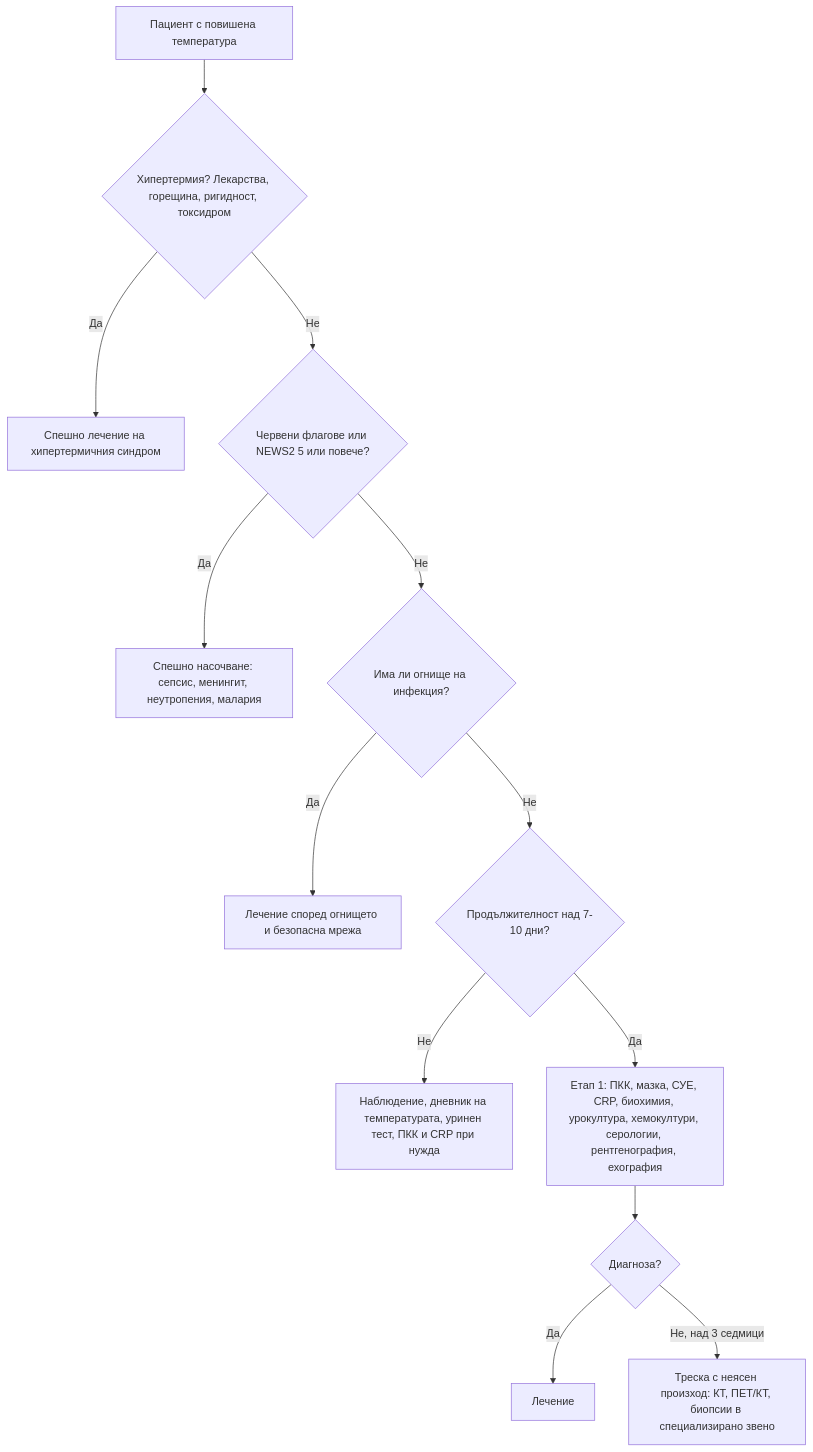
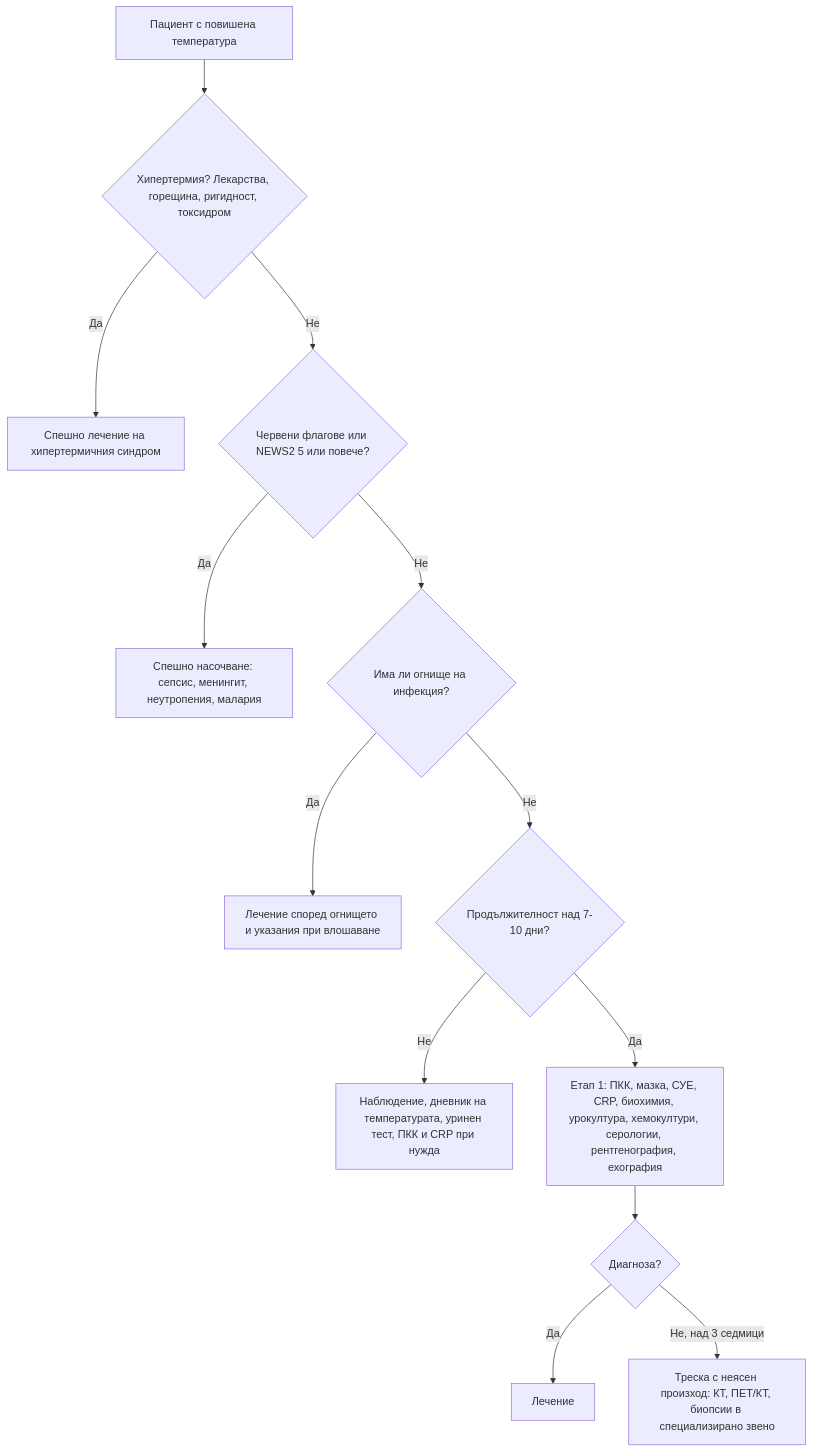
The diagram in glavi/04-treska.md (yancho26/yancho), drawn with Mermaid before and after one commit. The commit also changed other lines of this file and 90 other files, not shown here.

````diff
--- a/glavi/04-treska.md
+++ b/glavi/04-treska.md
@@ -296,17 +296,17 @@
 ```mermaid
 flowchart TD
     accTitle: Диагностичен алгоритъм: треска и треска с неясен произход
     accDescr: Блок-схема. Начало: Пациент с повишена температура. Въпроси: Хипертермия? Лекарства, горещина, ригидност, токсидром? · Червени флагове или NEWS2 5 или повече? · Има ли огнище на инфекция? · Продължителност над 7-10 дни? · Диагноза? Пълното текстово описание е под схемата.
     A["Пациент с повишена температура"] --> B{"Хипертермия? Лекарства, горещина, ригидност, токсидром"}
     B -->|Да| C["Спешно лечение на хипертермичния синдром"]
     B -->|Не| D{"Червени флагове или NEWS2 5 или повече?"}
     D -->|Да| E["Спешно насочване: сепсис, менингит, неутропения, малария"]
     D -->|Не| F{"Има ли огнище на инфекция?"}
-    F -->|Да| G["Лечение според огнището и безопасна мрежа"]
+    F -->|Да| G["Лечение според огнището и указания при влошаване"]
     F -->|Не| H{"Продължителност над 7-10 дни?"}
     H -->|Не| I["Наблюдение, дневник на температурата, уринен тест, ПКК и CRP при нужда"]
     H -->|Да| J["Етап 1: ПКК, мазка, СУЕ, CRP, биохимия, урокултура, хемокултури, серологии, рентгенография, ехография"]
     J --> K{"Диагноза?"}
     K -->|Да| L["Лечение"]
     K -->|Не, над 3 седмици| M["Треска с неясен произход: КТ, ПЕТ/КТ, биопсии в специализирано звено"]
 ```
````
